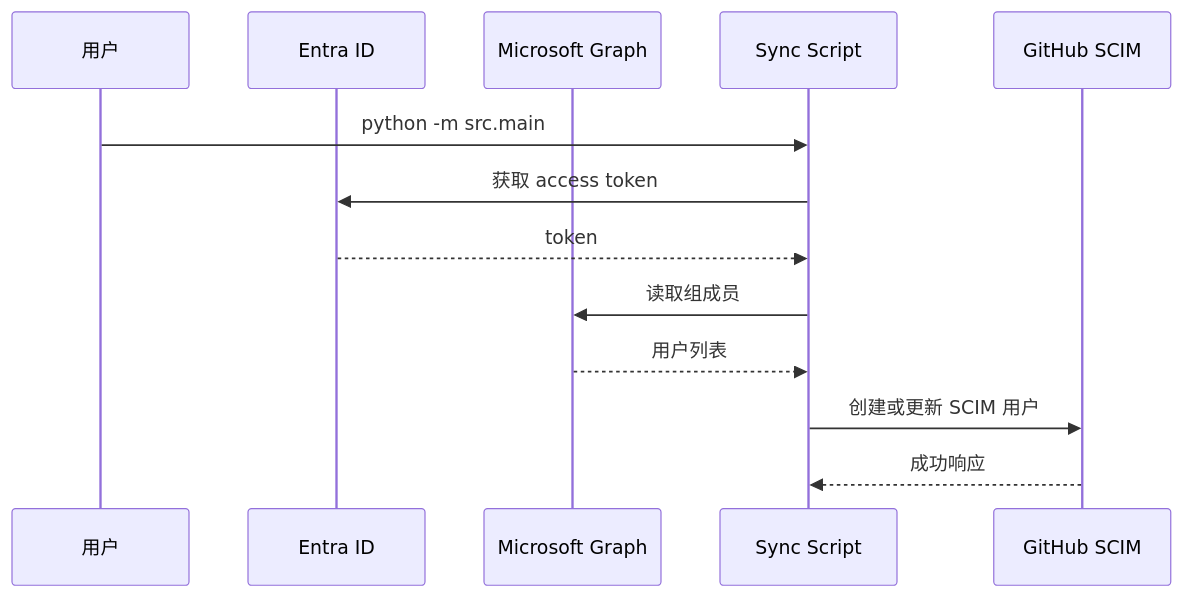
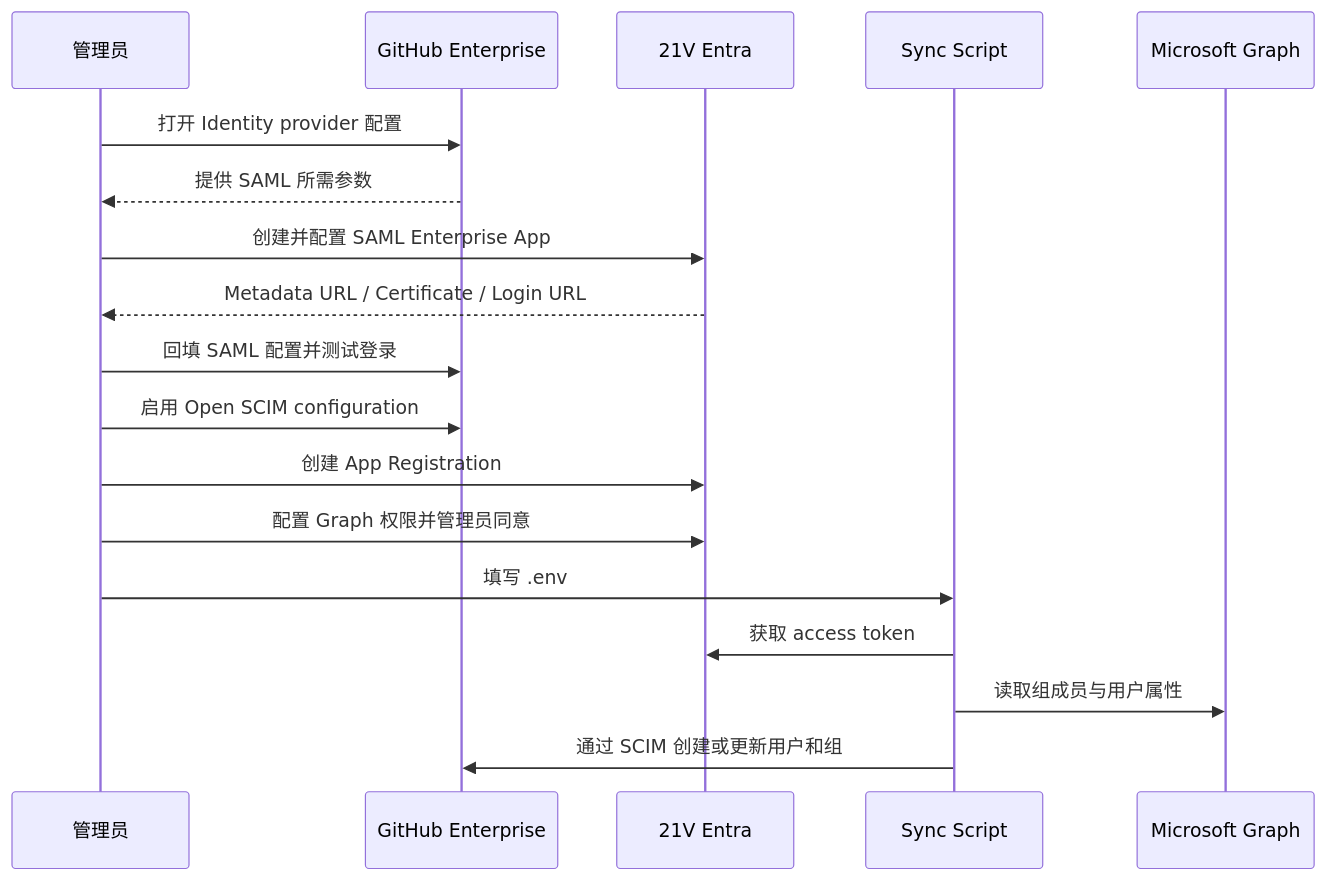
Before and after one commit to DevOps-zhuang/emu_scim_sync: the sixth of 6 diagrams in docs/entra-id-app-registration-guide.zh-cn.md, drawn with Mermaid. The commit also changed other lines of this file and 38 other files, not shown here.

First line of the commit message:
Add SVG diagram for SSO and SCIM validation sequence and PowerShell script for rendering diagrams

````diff
--- a/docs/entra-id-app-registration-guide.zh-cn.md
+++ b/docs/entra-id-app-registration-guide.zh-cn.md
@@ -218,16 +537,21 @@
 ```mermaid
 sequenceDiagram
-    participant U as 用户
-    participant E as Entra ID
-    participant G as Microsoft Graph
-    participant S as Sync Script
-    participant GH as GitHub SCIM
+    participant Admin as 管理员
+    participant GitHub as GitHub Enterprise
+    participant Entra as 21V Entra
+    participant Script as Sync Script
+    participant Graph as Microsoft Graph
 
-    U->>S: python -m src.main
-    S->>E: 获取 access token
-    E-->>S: token
-    S->>G: 读取组成员
-    G-->>S: 用户列表
-    S->>GH: 创建或更新 SCIM 用户
-    GH-->>S: 成功响应
+    Admin->>GitHub: 打开 Identity provider 配置
+    GitHub-->>Admin: 提供 SAML 所需参数
+    Admin->>Entra: 创建并配置 SAML Enterprise App
+    Entra-->>Admin: Metadata URL / Certificate / Login URL
+    Admin->>GitHub: 回填 SAML 配置并测试登录
+    Admin->>GitHub: 启用 Open SCIM configuration
+    Admin->>Entra: 创建 App Registration
+    Admin->>Entra: 配置 Graph 权限并管理员同意
+    Admin->>Script: 填写 .env
+    Script->>Entra: 获取 access token
+    Script->>Graph: 读取组成员与用户属性
+    Script->>GitHub: 通过 SCIM 创建或更新用户和组
 ```
````
